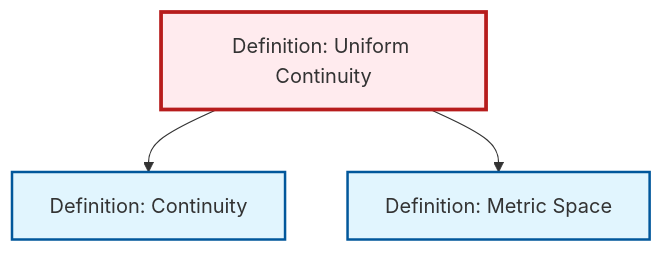
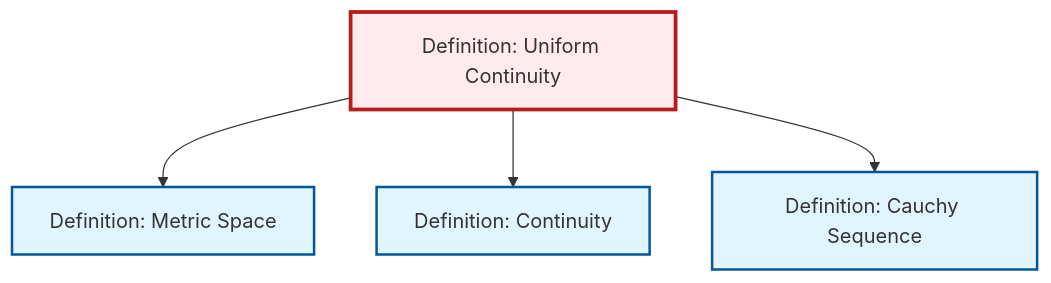
The diagram in content/en/analysis/def-uniform-continuity.qmd (RK0429/ModernMath), drawn with Mermaid before and after one commit. The commit also changed 531 other files, not shown here.

````diff
--- a/content/en/analysis/def-uniform-continuity.qmd
+++ b/content/en/analysis/def-uniform-continuity.qmd
@@ -69,17 +69,20 @@
 ```{mermaid}
 %%| fig-cap: "Local dependency graph"
 graph TD
     classDef definition fill:#e1f5fe,stroke:#01579b,stroke-width:2px
     classDef theorem fill:#f3e5f5,stroke:#4a148c,stroke-width:2px
     classDef axiom fill:#fff3e0,stroke:#e65100,stroke-width:2px
     classDef example fill:#e8f5e9,stroke:#1b5e20,stroke-width:2px
     classDef current fill:#ffebee,stroke:#b71c1c,stroke-width:3px
     def-uniform-continuity["Definition: Uniform Continuity"]:::definition
+    def-continuity["Definition: Continuity"]:::definition
+    def-cauchy-sequence["Definition: Cauchy Sequence"]:::definition
     def-metric-space["Definition: Metric Space"]:::definition
-    def-continuity["Definition: Continuity"]:::definition
+    def-uniform-continuity --> def-metric-space
     def-uniform-continuity --> def-continuity
-    def-uniform-continuity --> def-metric-space
+    def-uniform-continuity --> def-cauchy-sequence
     class def-uniform-continuity current
+    click def-continuity "def-continuity.html" "Go to Continuity definition"
+    click def-cauchy-sequence "def-cauchy-sequence.html" "Go to Cauchy Sequence definition"
     click def-metric-space "def-metric-space.html" "Go to Metric Space definition"
-    click def-continuity "def-continuity.html" "Go to Continuity definition"
 ```
````
